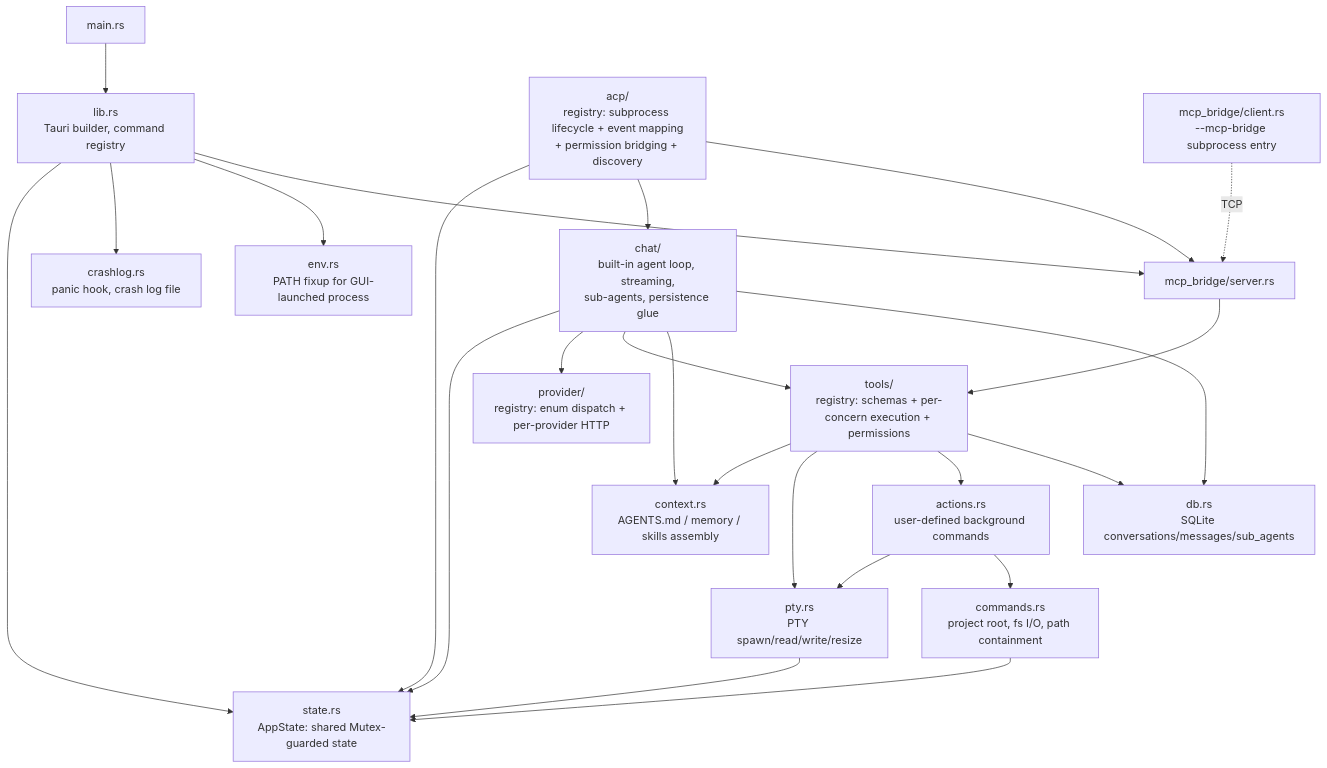
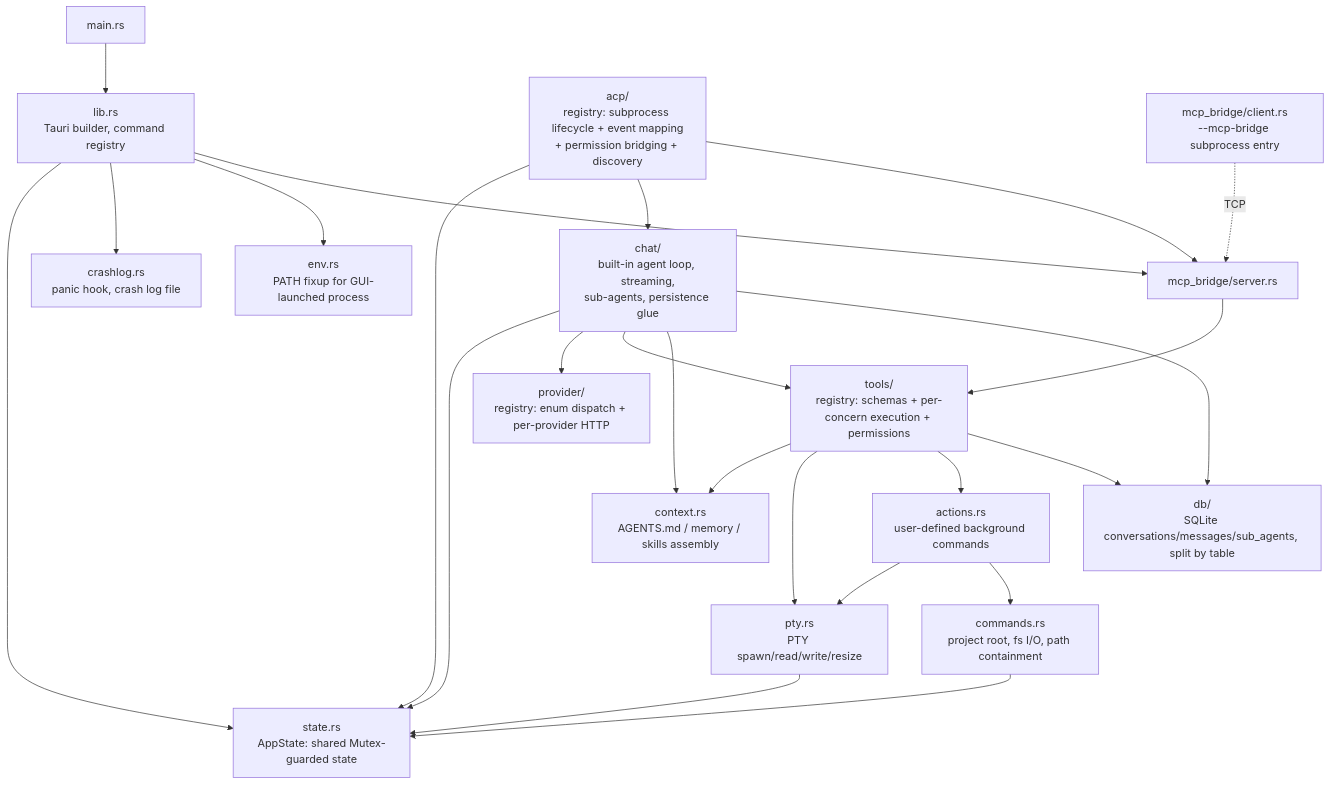
One commit to patheticGeek/ai-leash changed the second of 3 diagrams in ARCHITECTURE.md. Above: the diagram before and after it, drawn with Mermaid. The commit also changed other lines of this file and 5 other files, not shown here.

First line of the commit message:
Split db.rs into a db/ module, one file per table (phase 5 of PLAN.md)

````diff
--- a/ARCHITECTURE.md
+++ b/ARCHITECTURE.md
@@ -43,32 +43,32 @@
 ```mermaid
 graph TD
     main[main.rs] --> lib[lib.rs\nTauri builder, command registry]
     lib --> state[state.rs\nAppState: shared Mutex-guarded state]
     lib --> crashlog[crashlog.rs\npanic hook, crash log file]
     lib --> env[env.rs\nPATH fixup for GUI-launched process]
     lib --> mcpsrv[mcp_bridge::server\nloopback listener]
 
     commands[commands.rs\nproject root, fs I/O, path containment] --> state
     pty[pty.rs\nPTY spawn/read/write/resize] --> state
 
     chat[chat/\nbuilt-in agent loop, streaming,\nsub-agents, persistence glue] --> state
     chat --> provider[provider/\nregistry: enum dispatch + per-provider HTTP]
     chat --> tools[tools/\nregistry: schemas + per-concern execution + permissions]
     chat --> context[context.rs\nAGENTS.md / memory / skills assembly]
-    chat --> db[db.rs\nSQLite conversations/messages/sub_agents]
+    chat --> db[db/\nSQLite conversations/messages/sub_agents, split by table]
 
     tools --> context
     tools --> pty
     tools --> actions[actions.rs\nuser-defined background commands]
     tools --> db
 
     acp[acp/\nregistry: subprocess lifecycle + event mapping\n+ permission bridging + discovery] --> state
     acp --> chat
     acp --> mcpsrv
 
     mcpsrv[mcp_bridge/server.rs] --> tools
     mcpbridge_client[mcp_bridge/client.rs\n--mcp-bridge subprocess entry] -.TCP.-> mcpsrv
 
     actions --> pty
     actions --> commands
 ```
````
